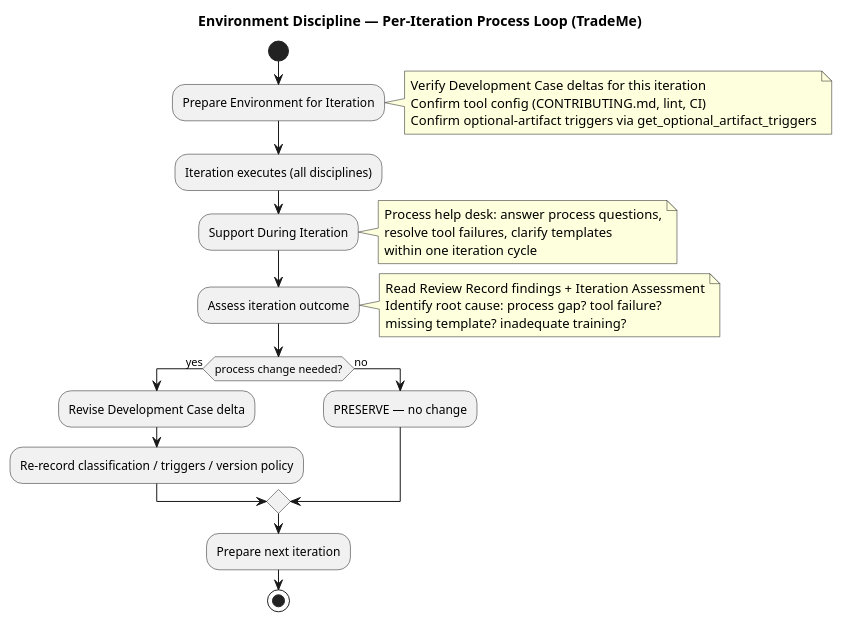
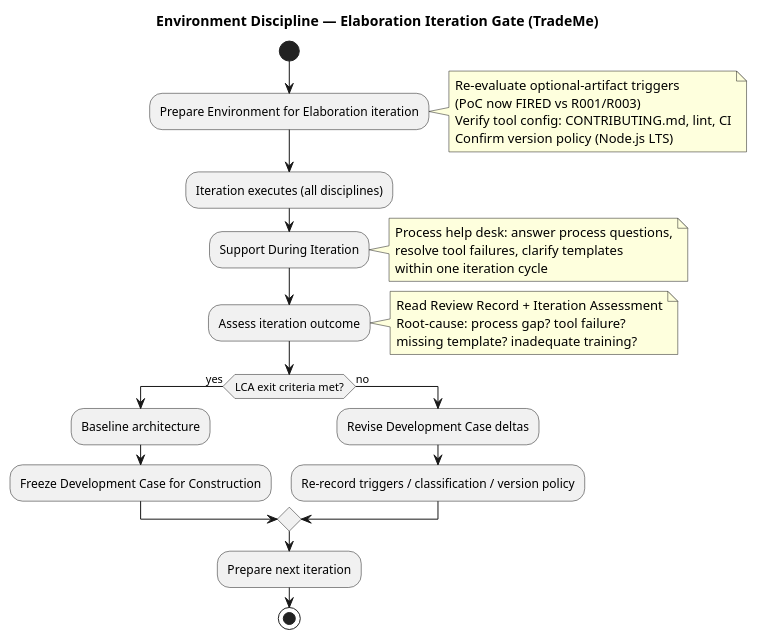
One commit to banense-test/trademe changed the first of 2 diagrams in docs/artifacts/environment/development-case.md. Above: the diagram before and after it, drawn with PlantUML. The commit also changed other lines of this file, not shown here.

First line of the commit message:
Process Engineer [E1]: upsert Development Case

````diff
--- a/docs/artifacts/environment/development-case.md
+++ b/docs/artifacts/environment/development-case.md
@@ -59,34 +70,41 @@
 ```plantuml
 @startuml
-title Environment Discipline — Per-Iteration Process Loop (TradeMe)
+title Environment Discipline — Elaboration Iteration Gate (TradeMe)
 
 start
-:Prepare Environment for Iteration;
+:Prepare Environment for Elaboration iteration;
 note right
-  Verify Development Case deltas for this iteration
-  Confirm tool config (CONTRIBUTING.md, lint, CI)
-  Confirm optional-artifact triggers via get_optional_artifact_triggers
+  Re-evaluate optional-artifact triggers
+  (PoC now FIRED vs R001/R003)
+  Verify tool config: CONTRIBUTING.md, lint, CI
+  Confirm version policy (Node.js LTS)
 end note
+
 :Iteration executes (all disciplines);
+
 :Support During Iteration;
 note right
   Process help desk: answer process questions,
   resolve tool failures, clarify templates
   within one iteration cycle
 end note
+
 :Assess iteration outcome;
 note right
-  Read Review Record findings + Iteration Assessment
-  Identify root cause: process gap? tool failure?
+  Read Review Record + Iteration Assessment
+  Root-cause: process gap? tool failure?
   missing template? inadequate training?
 end note
-if (process change needed?) then (yes)
-  :Revise Development Case delta;
-  :Re-record classification / triggers / version policy;
+
+if (LCA exit criteria met?) then (yes)
+  :Baseline architecture;
+  :Freeze Development Case for Construction;
 else (no)
-  :PRESERVE — no change;
+  :Revise Development Case deltas;
+  :Re-record triggers / classification / version policy;
 endif
+
 :Prepare next iteration;
 stop
 @enduml
 ```
````
